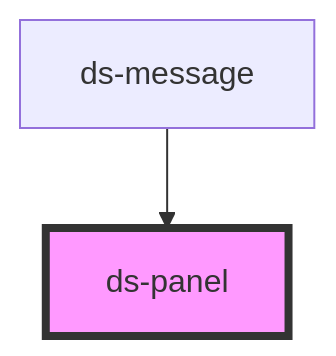
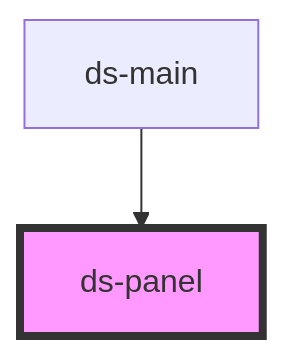
One commit to jezoock/dot-stash changed the diagram in components/core/panel/readme.md. Above: the diagram before and after it, drawn with Mermaid. The commit also changed other lines of this file and 33 other files, not shown here.

````diff
--- a/components/core/panel/readme.md
+++ b/components/core/panel/readme.md
@@ -107,5 +107,5 @@
 ```mermaid
 graph TD;
-  ds-message --> ds-panel
+  ds-main --> ds-panel
   style ds-panel fill:#f9f,stroke:#333,stroke-width:4px
 ```
````
